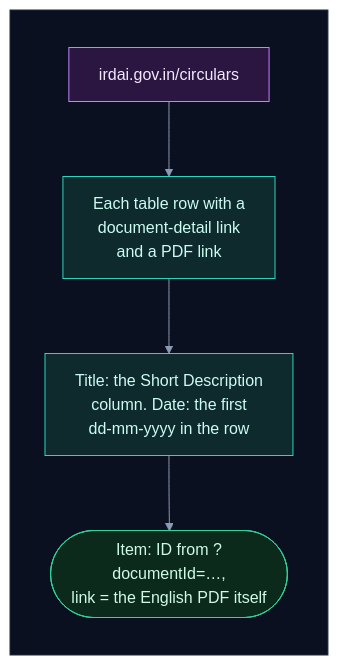
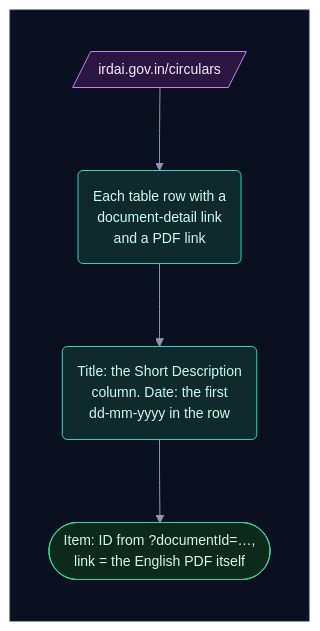
Before and after one commit to selvakumarperumal/Regulatory_Circular_Impact_Agent: diagram 14 of 18 in how_the_watcher_works.md, drawn with Mermaid. The commit also changed other lines of this file and 5 other files, not shown here.

Commit message:
Give the docs' flowcharts a shape per kind of part, more room and slightly smaller text

````diff
--- a/how_the_watcher_works.md
+++ b/how_the_watcher_works.md
@@ -584,24 +584,24 @@
 ```mermaid
-%%{init: {"theme": "base", "flowchart": {"diagramPadding": 0}, "themeVariables": {"darkMode": true, "primaryColor": "#16213a", "primaryTextColor": "#e6edf7", "primaryBorderColor": "#475a7a", "lineColor": "#8b9bb4", "secondaryColor": "#1b2436", "tertiaryColor": "#101a2e", "edgeLabelBackground": "#0f172a", "textColor": "#e2e8f0", "clusterBkg": "#0f1728", "clusterBorder": "#2b3a55", "titleColor": "#c4b5fd", "nodeTextColor": "#e6edf7"}}}%%
+%%{init: {"theme": "base", "flowchart": {"diagramPadding": 0, "nodeSpacing": 58, "rankSpacing": 58, "curve": "basis"}, "themeVariables": {"fontSize": "14px", "darkMode": true, "primaryColor": "#16213a", "primaryTextColor": "#e6edf7", "primaryBorderColor": "#475a7a", "lineColor": "#8b9bb4", "secondaryColor": "#1b2436", "tertiaryColor": "#101a2e", "edgeLabelBackground": "#0f172a", "textColor": "#e2e8f0", "clusterBkg": "#0f1728", "clusterBorder": "#2b3a55", "titleColor": "#c4b5fd", "nodeTextColor": "#e6edf7"}}}%%
 flowchart TD
     subgraph canvas[" "]
         direction TB
-        a["irdai.gov.in/circulars"] --> b["Each table row with a<br/>document-detail link<br/>and a PDF link"]
-        b --> c["Title: the Short Description<br/>column. Date: the first<br/>dd-mm-yyyy in the row"]
+        a[/"irdai.gov.in/circulars"/] --> b("Each table row with a<br/>document-detail link<br/>and a PDF link")
+        b --> c("Title: the Short Description<br/>column. Date: the first<br/>dd-mm-yyyy in the row")
         c --> d(["Item: ID from ?documentId=…,<br/>link = the English PDF itself"])
     end
     classDef svc fill:#0e2a2c,stroke:#2dd4bf,color:#ccfbf1
     classDef data fill:#1c1a47,stroke:#818cf8,color:#e0e7ff
     classDef ext fill:#2a1640,stroke:#c084fc,color:#f3e8ff
     classDef gpu fill:#2d1b0c,stroke:#fb923c,color:#ffedd5
     classDef ask fill:#2a2410,stroke:#fbbf24,color:#fef3c7
     classDef ok fill:#0b2a1c,stroke:#34d399,color:#d1fae5
     classDef bad fill:#2e0f17,stroke:#fb7185,color:#ffe4e6
     classDef start fill:#1c2a0e,stroke:#a7ef6f,color:#ecfccb
     classDef muted fill:#1a2130,stroke:#64748b,color:#cbd5e1
     classDef queue fill:#0c2231,stroke:#38bdf8,color:#e0f2fe
     class a ext
     class b,c svc
     class d ok
     style canvas fill:#0b1020,stroke:#1e293b,color:#0b1020
 ```
````
